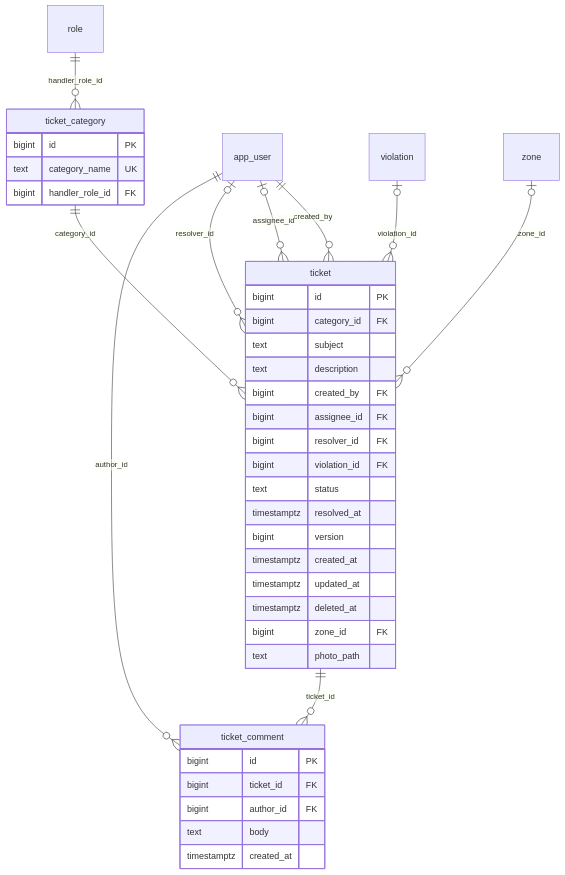
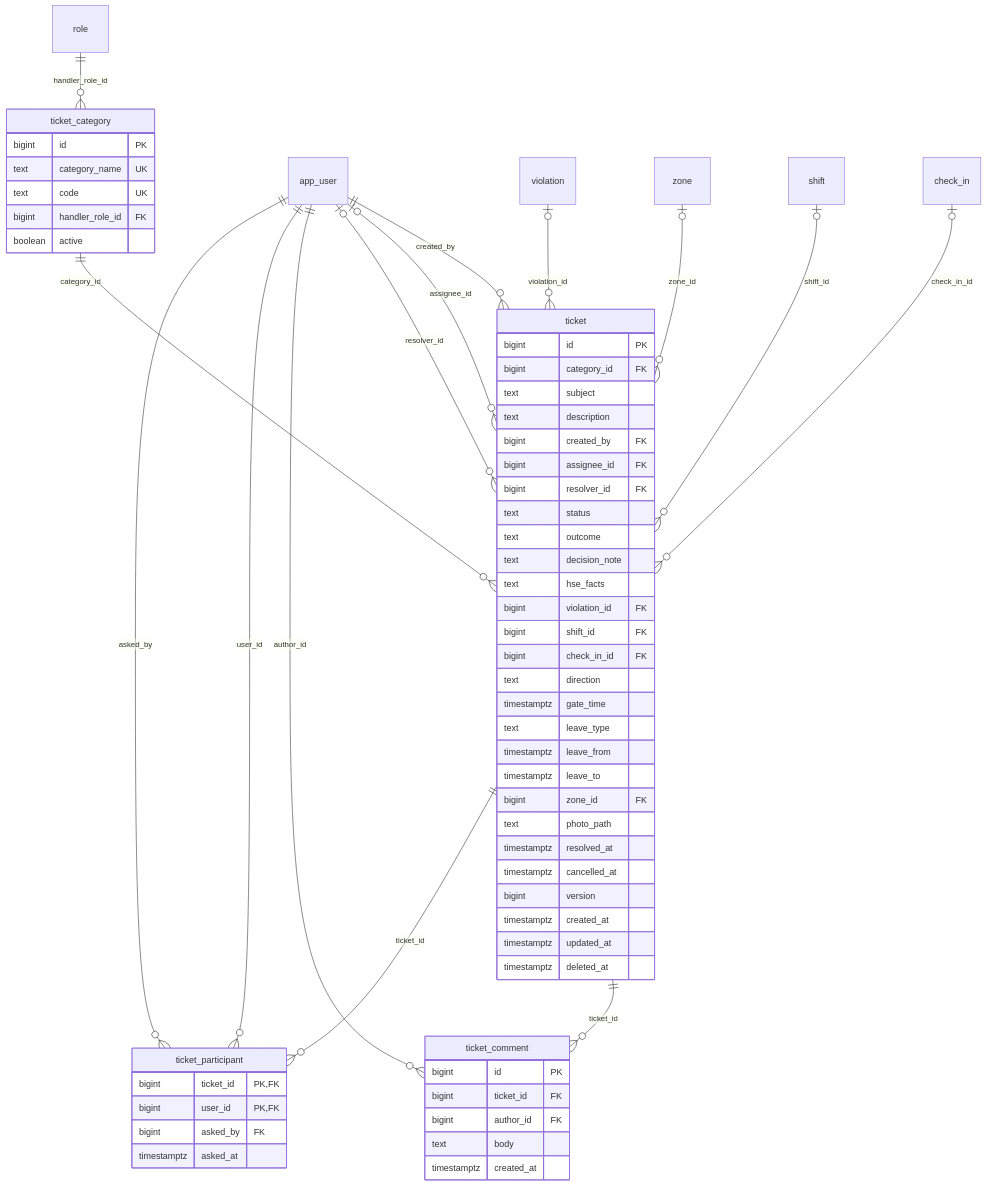
One commit to OwOchiii/steelsight_erp changed the sixth of 8 diagrams in docs/database-design.md. Above: the diagram before and after it, drawn with Mermaid. The commit also changed other lines of this file and 96 other files, not shown here.

First line of the commit message:
Align ERP schema and design docs with SRS

````diff
--- a/docs/database-design.md
+++ b/docs/database-design.md
@@ -480,42 +624,66 @@
 ```mermaid
 erDiagram
     role ||--o{ ticket_category : "handler_role_id"
     ticket_category ||--o{ ticket : "category_id"
     app_user ||--o{ ticket : "created_by"
     app_user |o--o{ ticket : "assignee_id"
     app_user |o--o{ ticket : "resolver_id"
     violation |o--o{ ticket : "violation_id"
     zone |o--o{ ticket : "zone_id"
+    shift |o--o{ ticket : "shift_id"
+    check_in |o--o{ ticket : "check_in_id"
     ticket ||--o{ ticket_comment : "ticket_id"
     app_user ||--o{ ticket_comment : "author_id"
+    ticket ||--o{ ticket_participant : "ticket_id"
+    app_user ||--o{ ticket_participant : "user_id"
+    app_user ||--o{ ticket_participant : "asked_by"
     ticket_category {
         bigint id PK
         text category_name UK
+        text code UK
         bigint handler_role_id FK
+        boolean active
     }
     ticket {
         bigint id PK
         bigint category_id FK
         text subject
         text description
         bigint created_by FK
         bigint assignee_id FK
         bigint resolver_id FK
+        text status
+        text outcome
+        text decision_note
+        text hse_facts
         bigint violation_id FK
-        text status
+        bigint shift_id FK
+        bigint check_in_id FK
+        text direction
+        timestamptz gate_time
+        text leave_type
+        timestamptz leave_from
+        timestamptz leave_to
+        bigint zone_id FK
+        text photo_path
         timestamptz resolved_at
+        timestamptz cancelled_at
         bigint version
         timestamptz created_at
         timestamptz updated_at
         timestamptz deleted_at
-        bigint zone_id FK
-        text photo_path
     }
     ticket_comment {
         bigint id PK
         bigint ticket_id FK
         bigint author_id FK
         text body
         timestamptz created_at
     }
+    ticket_participant {
+        bigint ticket_id PK,FK
+        bigint user_id PK,FK
+        bigint asked_by FK
+        timestamptz asked_at
+    }
 ```
````
